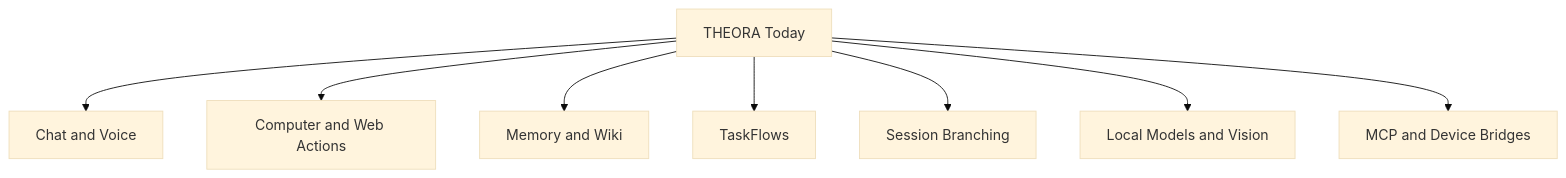
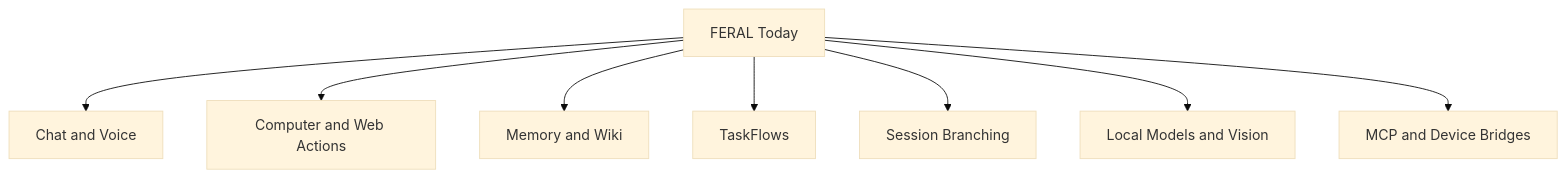
The second of 3 diagrams in docs/ONE_PAGER_EN.md (Spatial-AgenticOS/ASOS), drawn with Mermaid (base theme) before and after one commit. The commit also changed other lines of this file and 550 other files, not shown here.

First line of the commit message:
rebrand: THEORA/ASOS -> FERAL — AI off the leash

````diff
--- a/docs/ONE_PAGER_EN.md
+++ b/docs/ONE_PAGER_EN.md
@@ -55,11 +55,11 @@
 ```mermaid
 flowchart TD
-  theoraNow[THEORA Today]
-  theoraNow --> conversation[Chat and Voice]
-  theoraNow --> actions[Computer and Web Actions]
-  theoraNow --> memoryCap[Memory and Wiki]
-  theoraNow --> workflows[TaskFlows]
-  theoraNow --> sessions[Session Branching]
-  theoraNow --> localAi[Local Models and Vision]
-  theoraNow --> bridges[MCP and Device Bridges]
+  feralNow[FERAL Today]
+  feralNow --> conversation[Chat and Voice]
+  feralNow --> actions[Computer and Web Actions]
+  feralNow --> memoryCap[Memory and Wiki]
+  feralNow --> workflows[TaskFlows]
+  feralNow --> sessions[Session Branching]
+  feralNow --> localAi[Local Models and Vision]
+  feralNow --> bridges[MCP and Device Bridges]
 ```
````
